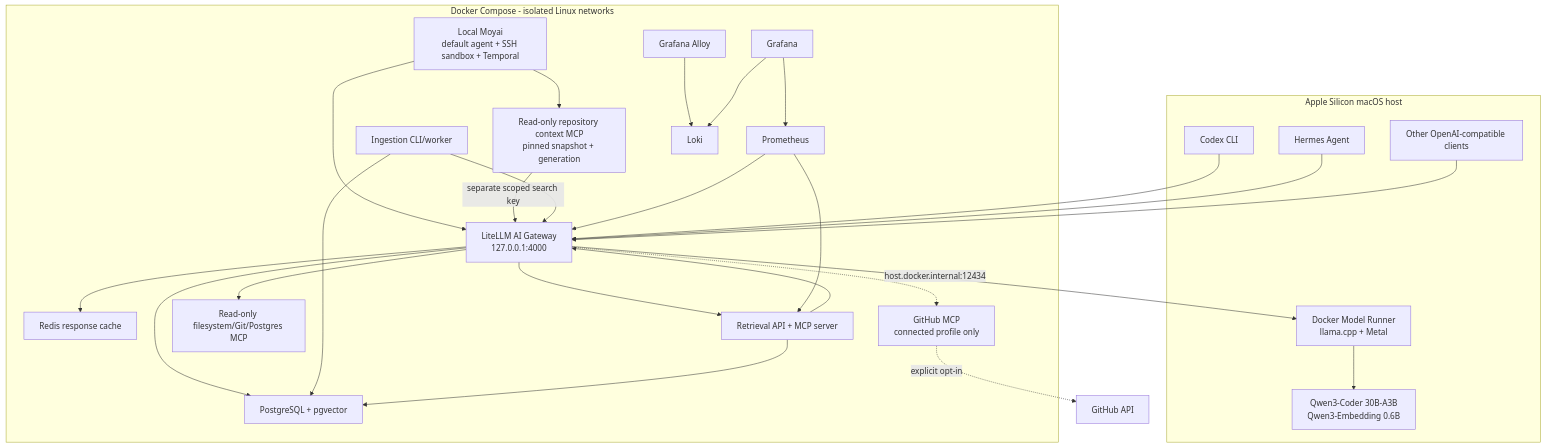
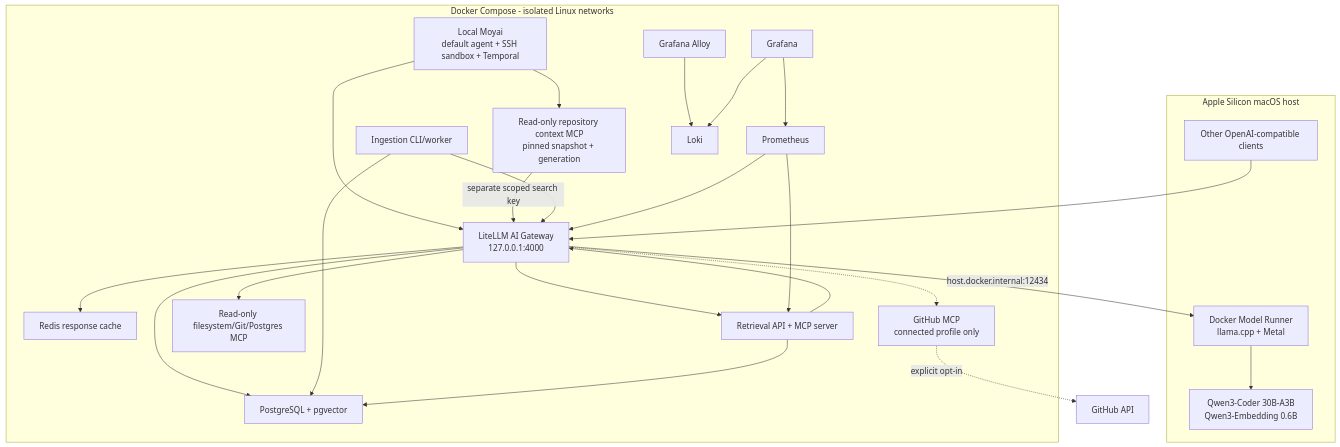
Before and after one commit to taras-kolodchyn/local-ai-platform: the first of 4 diagrams in docs/architecture.md, drawn with Mermaid. The commit also changed other lines of this file and 29 other files, not shown here.

Commit message:
Remove standalone Hermes and Codex client integrations

````diff
--- a/docs/architecture.md
+++ b/docs/architecture.md
@@ -22,51 +22,47 @@
 ```mermaid
 flowchart TB
     subgraph Host["Apple Silicon macOS host"]
-        Codex["Codex CLI"]
-        Hermes["Hermes Agent"]
         Other["Other OpenAI-compatible clients"]
         DMR["Docker Model Runner\nllama.cpp + Metal"]
         Qwen["Qwen3-Coder 30B-A3B\nQwen3-Embedding 0.6B"]
         DMR --> Qwen
     end
 
     subgraph Compose["Docker Compose - isolated Linux networks"]
         LiteLLM["LiteLLM AI Gateway\n127.0.0.1:4000"]
         Moyai["Local Moyai\ndefault agent + SSH sandbox + Temporal"]
         RepositoryContext["Read-only repository context MCP\npinned snapshot + generation"]
         Redis["Redis response cache"]
         Postgres["PostgreSQL + pgvector"]
         Ingestion["Ingestion CLI/worker"]
         Retrieval["Retrieval API + MCP server"]
         OfflineTools["Read-only filesystem/Git/Postgres MCP"]
         GitHubMCP["GitHub MCP\nconnected profile only"]
         Prometheus["Prometheus"]
         Loki["Loki"]
         Alloy["Grafana Alloy"]
         Grafana["Grafana"]
 
         LiteLLM --> Redis
         Moyai --> LiteLLM
         Moyai --> RepositoryContext
         RepositoryContext -->|"separate scoped search key"| LiteLLM
         LiteLLM --> Postgres
         Ingestion --> LiteLLM
         Ingestion --> Postgres
         Retrieval --> LiteLLM
         Retrieval --> Postgres
         LiteLLM --> Retrieval
         LiteLLM --> OfflineTools
         LiteLLM -.-> GitHubMCP
         Prometheus --> LiteLLM
         Prometheus --> Retrieval
         Alloy --> Loki
         Grafana --> Prometheus
         Grafana --> Loki
     end
 
-    Codex --> LiteLLM
-    Hermes --> LiteLLM
     Other --> LiteLLM
     LiteLLM -->|"host.docker.internal:12434"| DMR
     GitHubMCP -. "explicit opt-in" .-> GitHub["GitHub API"]
 ```
````
